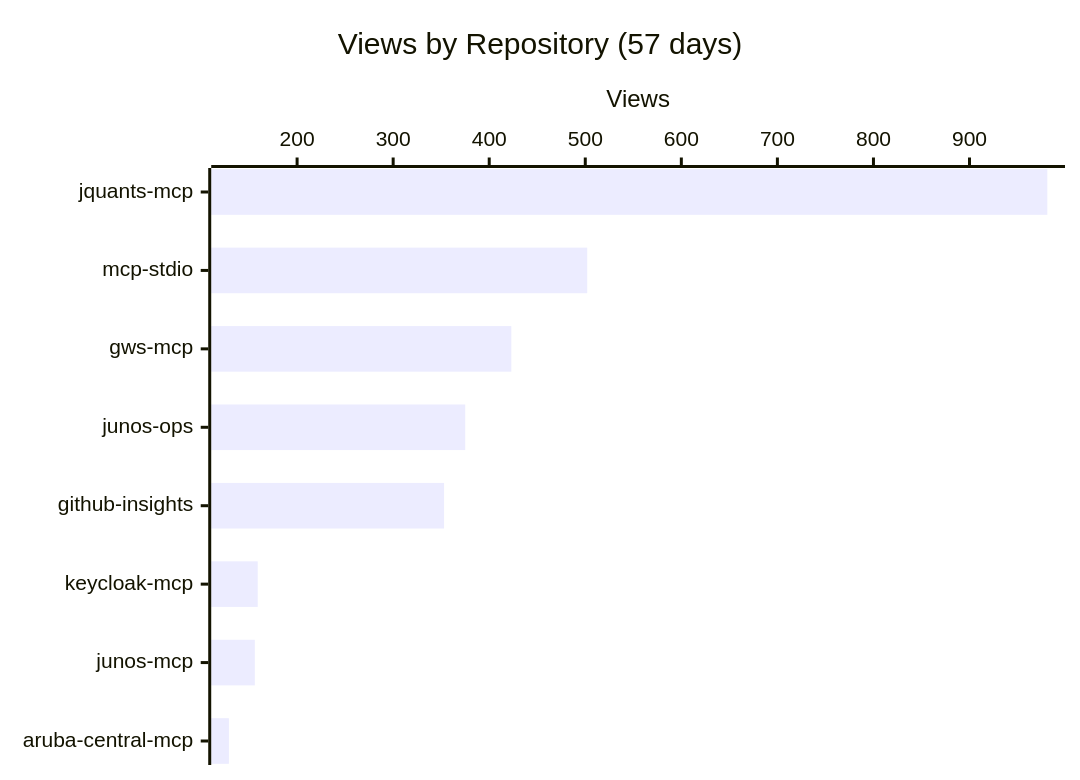
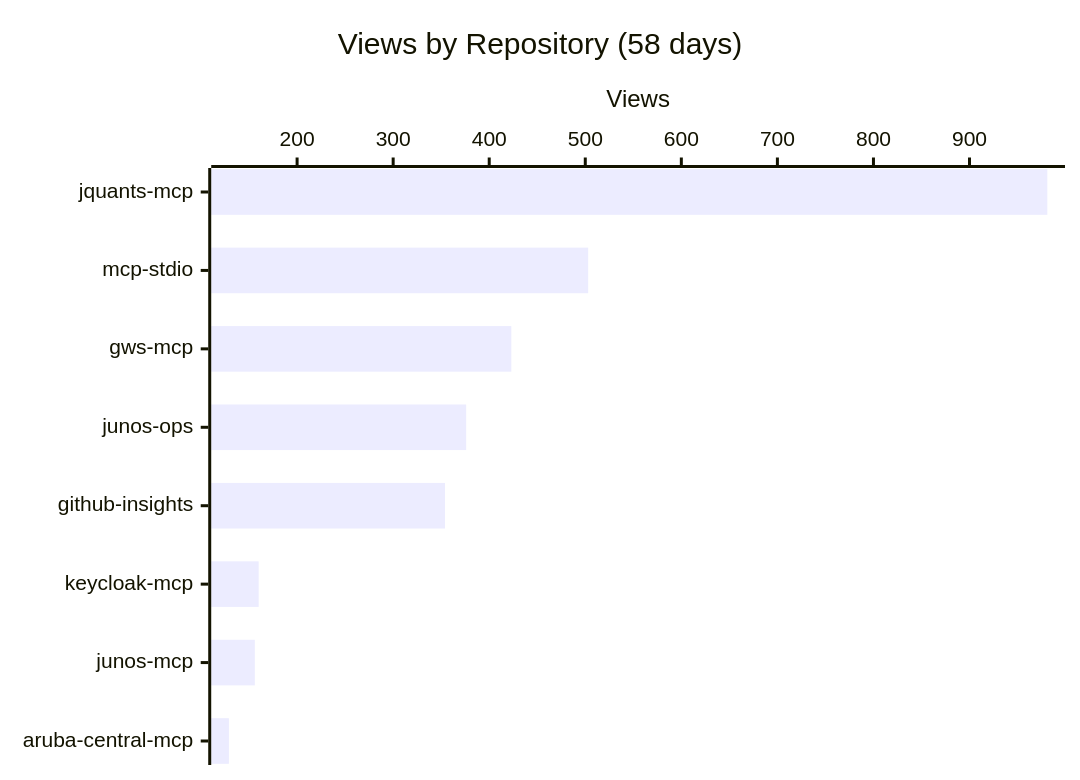
One commit to shigechika/github-insights changed the first of 3 diagrams in README.md. Above: the diagram before and after it, drawn with Mermaid. The commit also changed other lines of this file and 2 other files, not shown here.

````diff
--- a/README.md
+++ b/README.md
@@ -18,7 +18,7 @@
 ```mermaid
 xychart-beta horizontal
-    title "Views by Repository (57 days)"
+    title "Views by Repository (58 days)"
     x-axis ["jquants-mcp", "mcp-stdio", "gws-mcp", "junos-ops", "github-insights", "keycloak-mcp", "junos-mcp", "aruba-central-mcp"]
     y-axis "Views"
-    bar [981, 502, 423, 375, 353, 159, 156, 129]
+    bar [981, 503, 423, 376, 354, 160, 156, 129]
 ```
````
